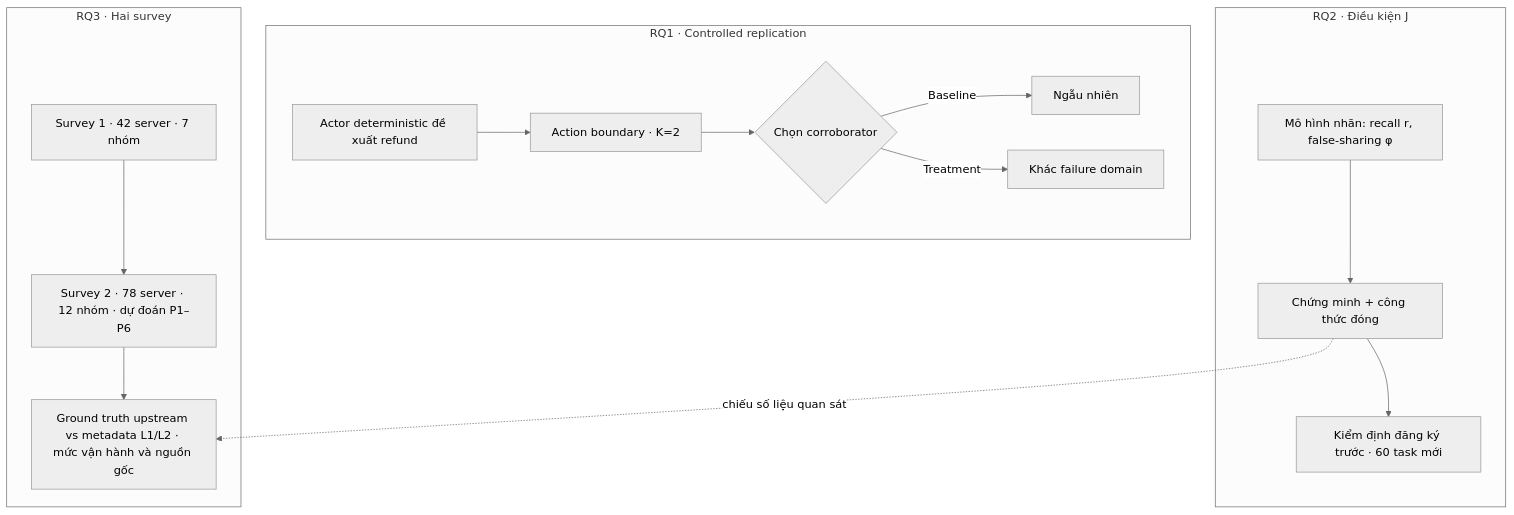
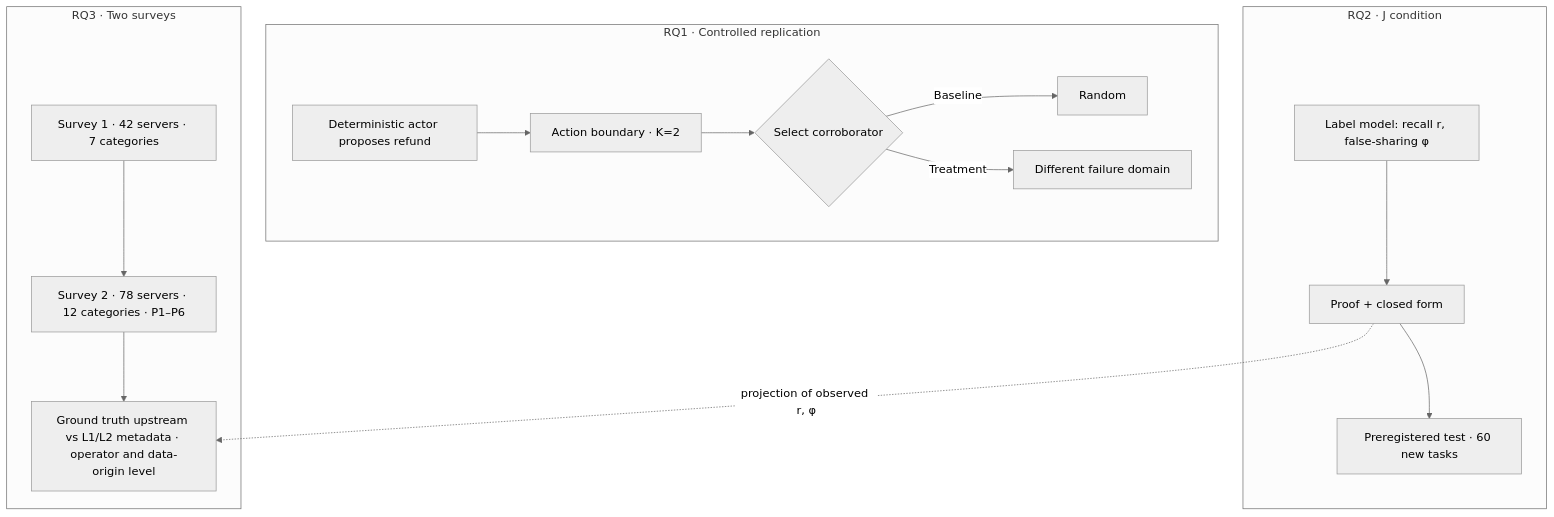
One commit to tuankiet18/reliable-tool-using-agents changed the diagram in projects/reliable-tool-using-ai-agents/paper/supervisor-methodology-rq-briefing.md. Above: the diagram before and after it, drawn with Mermaid (neutral theme). The commit also changed other lines of this file and 4 other files, not shown here.

Commit message:
research: supervisor briefing v2.1 (English technical terms); standalone project overview (HTML source, figure, Word builder); ignore generated PDF/Word

````diff
--- a/projects/reliable-tool-using-ai-agents/paper/supervisor-methodology-rq-briefing.md
+++ b/projects/reliable-tool-using-ai-agents/paper/supervisor-methodology-rq-briefing.md
@@ -102,18 +83,18 @@
 ```mermaid
 flowchart TB
     subgraph R1[RQ1 · Controlled replication]
-      A[Actor deterministic đề xuất refund] --> B[Action boundary · K=2]
-      B --> C{Chọn corroborator}
-      C -->|Baseline| D[Ngẫu nhiên]
-      C -->|Treatment| E[Khác failure domain]
+      A[Deterministic actor proposes refund] --> B[Action boundary · K=2]
+      B --> C{Select corroborator}
+      C -->|Baseline| D[Random]
+      C -->|Treatment| E[Different failure domain]
     end
-    subgraph R2[RQ2 · Điều kiện J]
-      F[Mô hình nhãn: recall r, false-sharing φ] --> G[Chứng minh + công thức đóng]
-      G --> G2[Kiểm định đăng ký trước · 60 task mới]
+    subgraph R2[RQ2 · J condition]
+      F[Label model: recall r, false-sharing φ] --> G[Proof + closed form]
+      G --> G2[Preregistered test · 60 new tasks]
     end
-    subgraph R3[RQ3 · Hai survey]
-      H[Survey 1 · 42 server · 7 nhóm] --> K[Survey 2 · 78 server · 12 nhóm · dự đoán P1–P6]
-      K --> J[Ground truth upstream vs metadata L1/L2 · mức vận hành và nguồn gốc]
+    subgraph R3[RQ3 · Two surveys]
+      H[Survey 1 · 42 servers · 7 categories] --> K[Survey 2 · 78 servers · 12 categories · P1–P6]
+      K --> J[Ground truth upstream vs L1/L2 metadata · operator and data-origin level]
     end
-    G -.chiếu số liệu quan sát.-> J
+    G -.projection of observed r, φ.-> J
 ```
````
